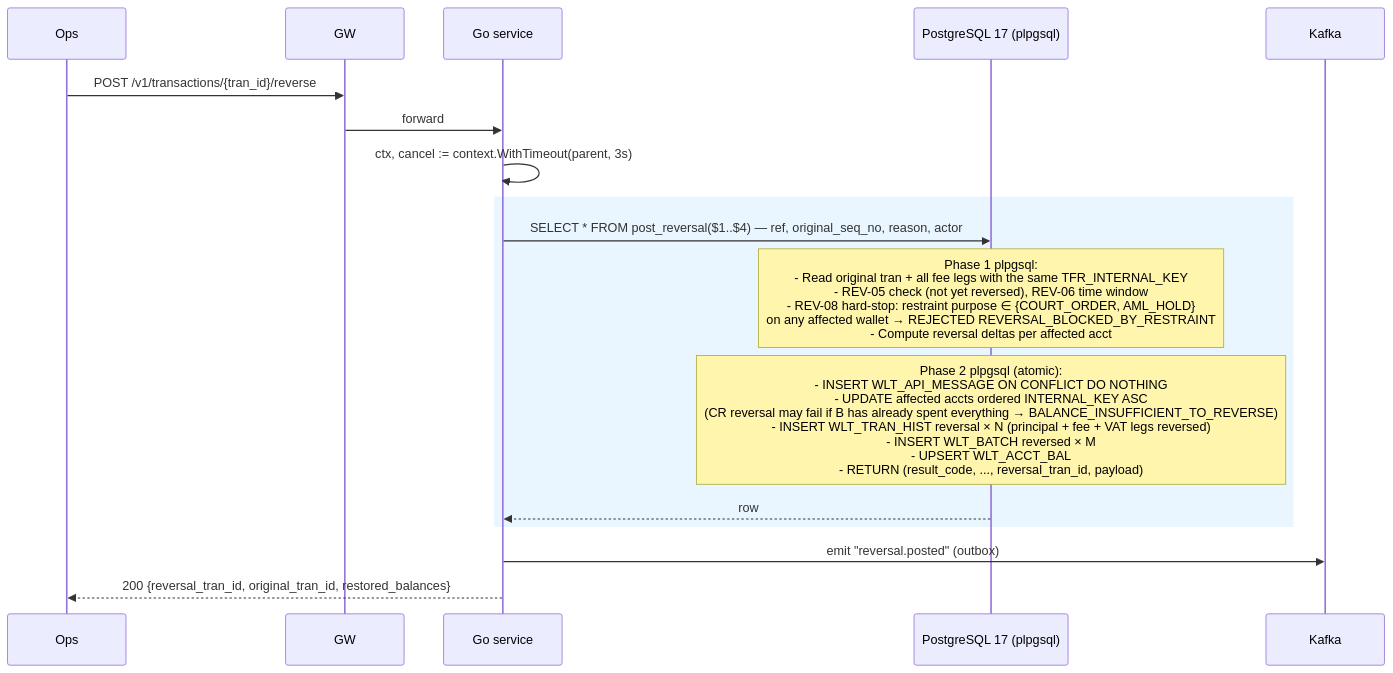
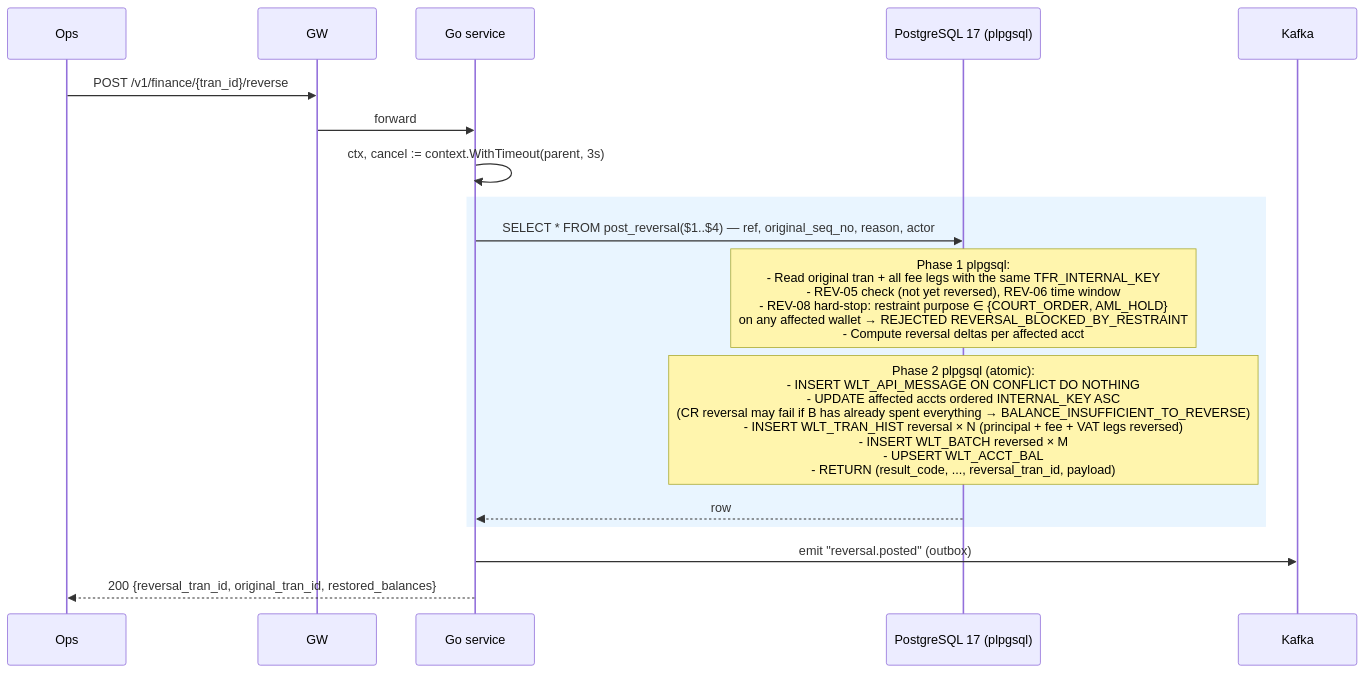
Before and after one commit to huuhoait/core-wallet: the sixth of 6 diagrams in docs/specs/finance_transaction.md, drawn with Mermaid. The commit also changed other lines of this file and 14 other files, not shown here.

````diff
--- a/docs/specs/finance_transaction.md
+++ b/docs/specs/finance_transaction.md
@@ -642,22 +642,22 @@
 ```mermaid
 sequenceDiagram
   participant Ops
   participant GW
   participant GO as Go service
   participant DB as PostgreSQL 17 (plpgsql)
   participant K as Kafka
 
-  Ops->>GW: POST /v1/transactions/{tran_id}/reverse
+  Ops->>GW: POST /v1/finance/{tran_id}/reverse
   GW->>GO: forward
   GO->>GO: ctx, cancel := context.WithTimeout(parent, 3s)
   
   rect rgba(200,230,255,0.4)
     GO->>DB: SELECT * FROM post_reversal($1..$4) — ref, original_seq_no, reason, actor
     Note over DB: Phase 1 plpgsql:<br/>- Read original tran + all fee legs with the same TFR_INTERNAL_KEY<br/>- REV-05 check (not yet reversed), REV-06 time window<br/>- REV-08 hard-stop: restraint purpose ∈ {COURT_ORDER, AML_HOLD}<br/>  on any affected wallet → REJECTED REVERSAL_BLOCKED_BY_RESTRAINT<br/>- Compute reversal deltas per affected acct
     Note over DB: Phase 2 plpgsql (atomic):<br/>- INSERT WLT_API_MESSAGE ON CONFLICT DO NOTHING<br/>- UPDATE affected accts ordered INTERNAL_KEY ASC<br/>  (CR reversal may fail if B has already spent everything → BALANCE_INSUFFICIENT_TO_REVERSE)<br/>- INSERT WLT_TRAN_HIST reversal × N (principal + fee + VAT legs reversed)<br/>- INSERT WLT_BATCH reversed × M<br/>- UPSERT WLT_ACCT_BAL<br/>- RETURN (result_code, ..., reversal_tran_id, payload)
     DB-->>GO: row
   end
   
   GO->>K: emit "reversal.posted" (outbox)
   GO-->>Ops: 200 {reversal_tran_id, original_tran_id, restored_balances}
 ```
````
